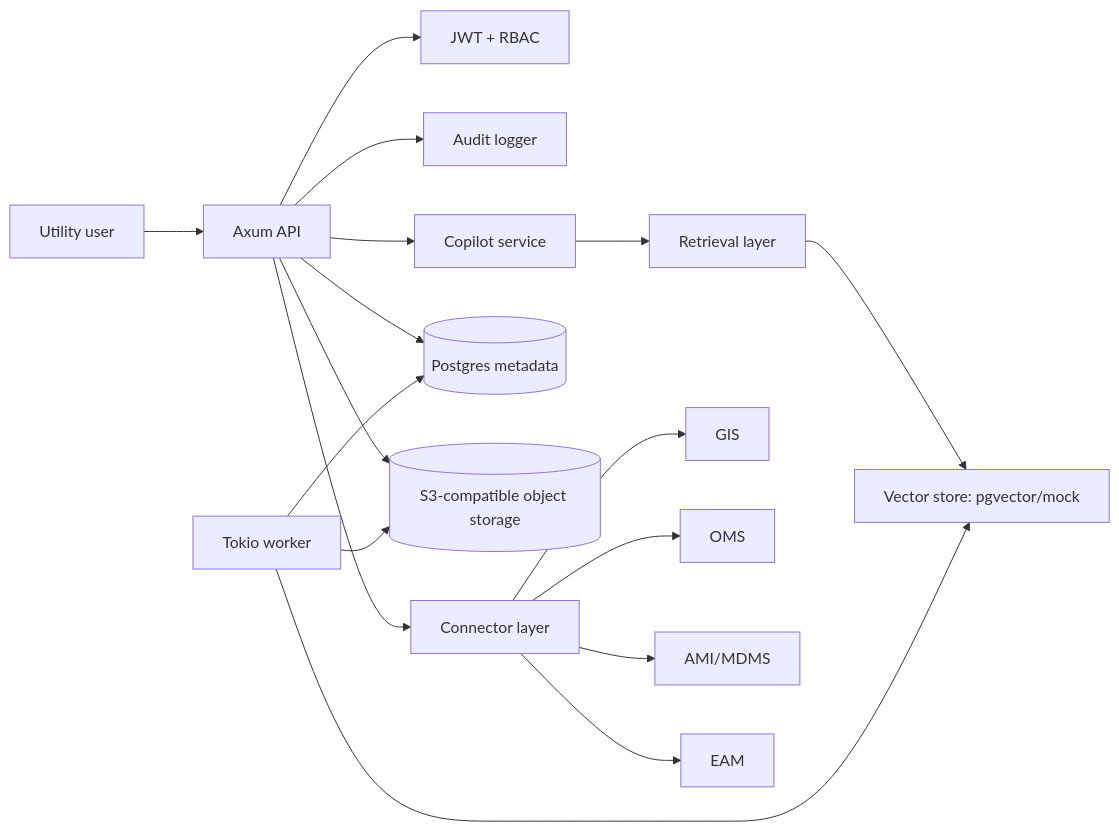
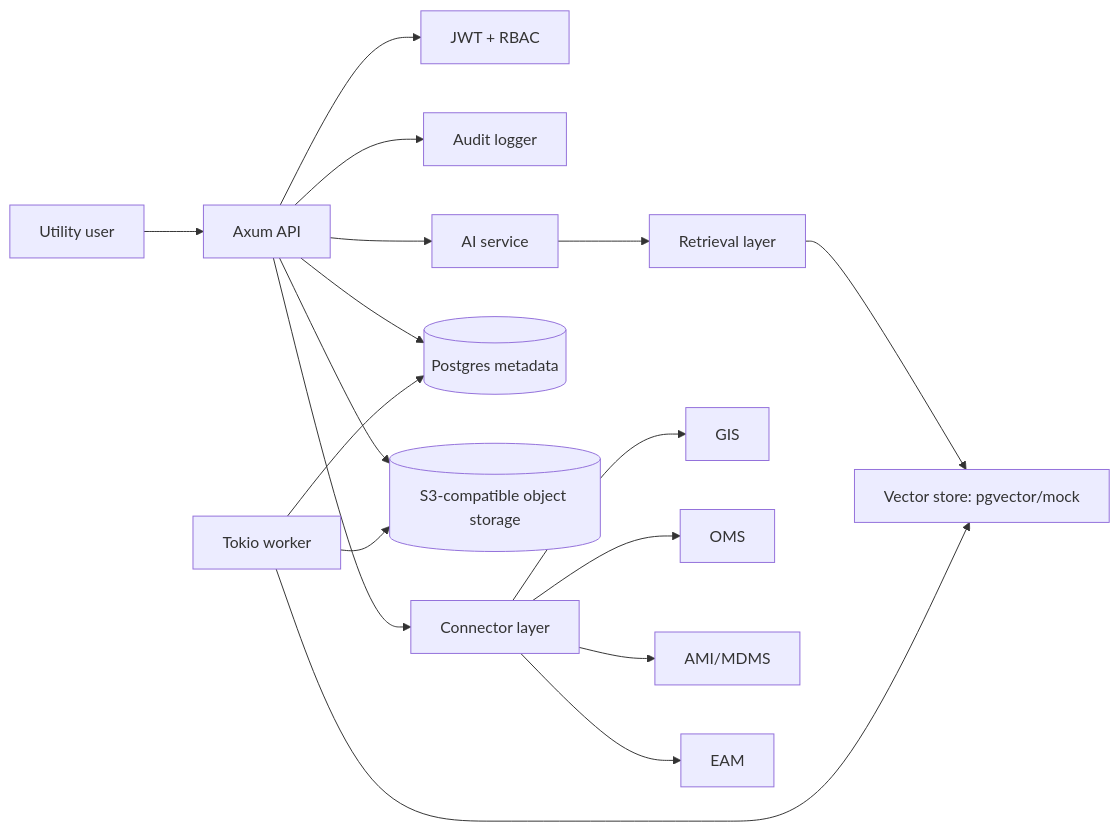
One commit to yablokolabs/grid-forge changed the diagram in README.md. Above: the diagram before and after it, drawn with Mermaid. The commit also changed other lines of this file and 9 other files, not shown here.

````diff
--- a/README.md
+++ b/README.md
@@ -207,19 +79,19 @@
 ```mermaid
 flowchart LR
   U[Utility user] --> API[Axum API]
   API --> AUTH[JWT + RBAC]
   API --> AUDIT[Audit logger]
-  API --> AI[Copilot service]
+  API --> AI[AI service]
   AI --> RET[Retrieval layer]
   RET --> VS[Vector store: pgvector/mock]
   API --> PG[(Postgres metadata)]
   API --> OBJ[(S3-compatible object storage)]
   WORKER[Tokio worker] --> OBJ
   WORKER --> PG
   WORKER --> VS
   CONN[Connector layer] --> GIS[GIS]
   CONN --> OMS[OMS]
   CONN --> AMI[AMI/MDMS]
   CONN --> EAM[EAM]
   API --> CONN
 ```
````
